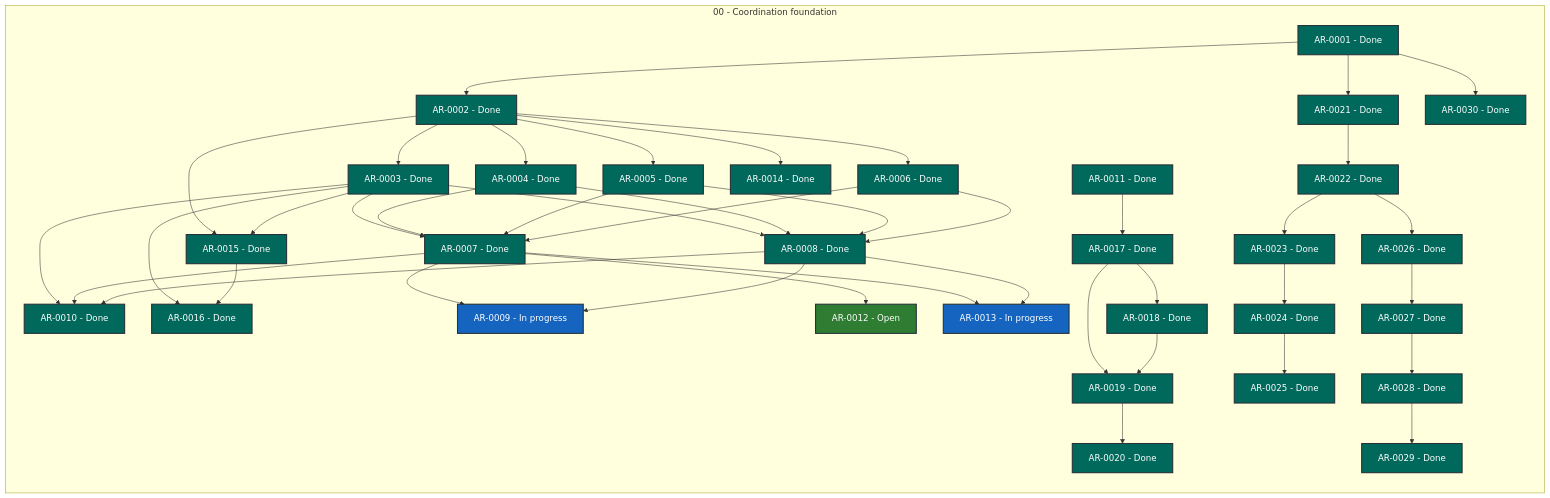
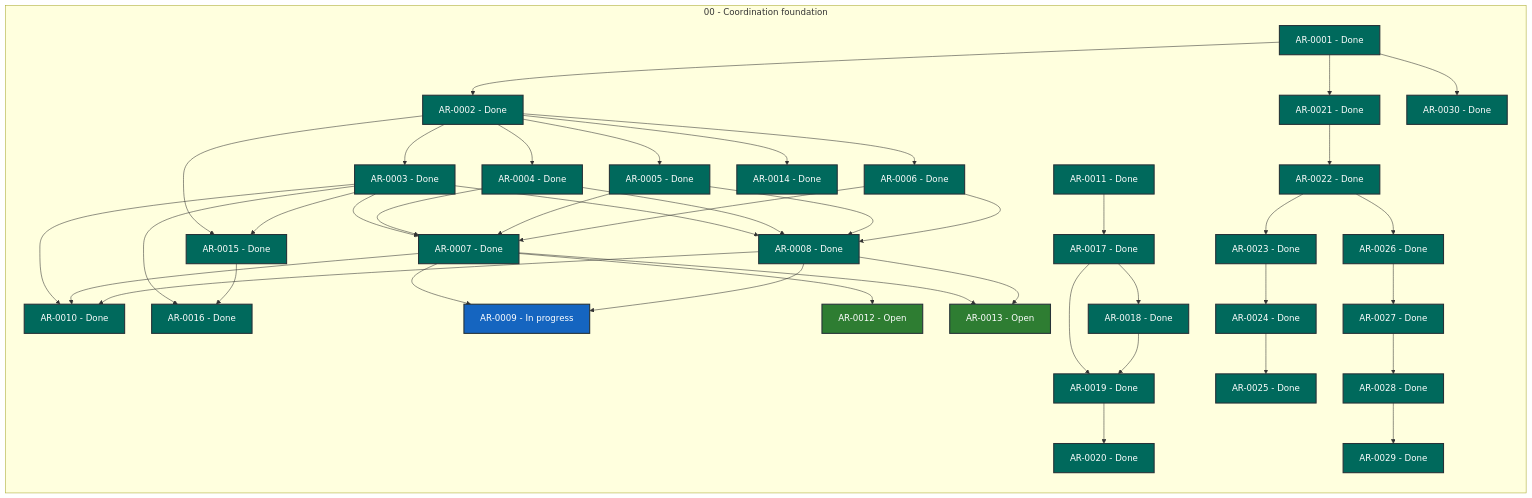
Before and after one commit to martin-beck/agent-workflow-coordinator-state: the diagram in STATUS.md, drawn with Mermaid. The commit also changed other lines of this file and 2 other files, not shown here.

```diff
--- a/STATUS.md
+++ b/STATUS.md
@@ -40,7 +40,7 @@
         AR_0010["AR-0010 - Done"]:::status_done
         AR_0011["AR-0011 - Done"]:::status_done
         AR_0012["AR-0012 - Open"]:::status_open
-        AR_0013["AR-0013 - In progress"]:::status_in_progress
+        AR_0013["AR-0013 - Open"]:::status_open
         AR_0014["AR-0014 - Done"]:::status_done
         AR_0015["AR-0015 - Done"]:::status_done
         AR_0016["AR-0016 - Done"]:::status_done
```
